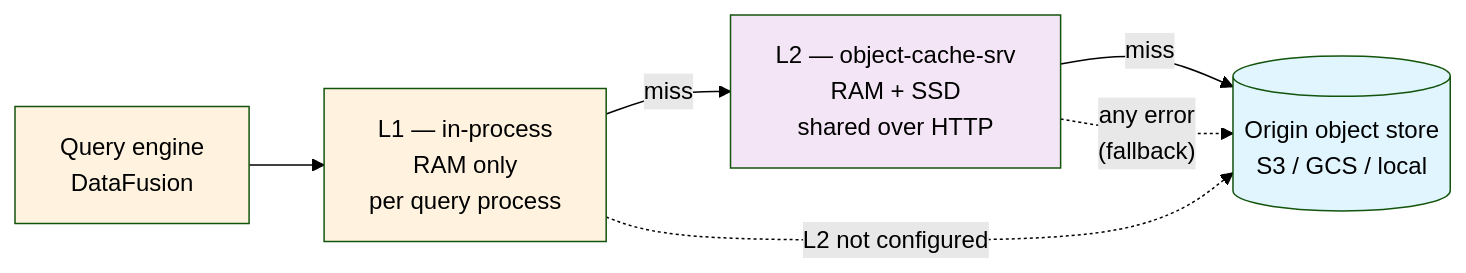
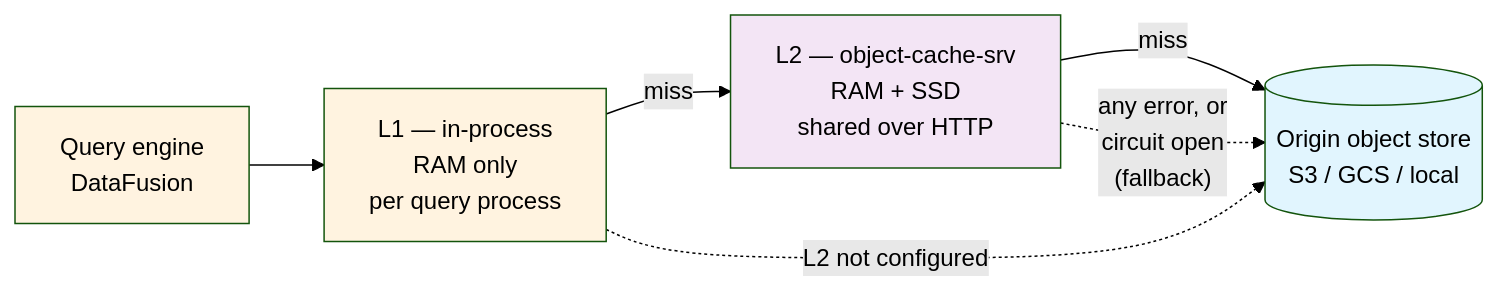
The diagram in mkdocs/docs/architecture/caching.md (madesroches/micromegas), drawn with Mermaid (forest theme) before and after one commit. The commit also changed other lines of this file and 9 other files, not shown here.

````diff
--- a/mkdocs/docs/architecture/caching.md
+++ b/mkdocs/docs/architecture/caching.md
@@ -20,20 +20,20 @@
 ```mermaid
 flowchart LR
     Q[Query engine<br/>DataFusion]
     L1["L1 — in-process<br/>RAM only<br/>per query process"]
     L2["L2 — object-cache-srv<br/>RAM + SSD<br/>shared over HTTP"]
     Origin[("Origin object store<br/>S3 / GCS / local")]
 
     Q --> L1
     L1 -->|miss| L2
     L2 -->|miss| Origin
     L1 -.->|"L2 not configured"| Origin
-    L2 -.->|"any error<br/>(fallback)"| Origin
+    L2 -.->|"any error, or<br/>circuit open<br/>(fallback)"| Origin
 
     classDef proc fill:#fff3e0
     classDef svc fill:#f3e5f5
     classDef store fill:#e1f5fe
     class Q,L1 proc
     class L2 svc
     class Origin store
 ```
````
